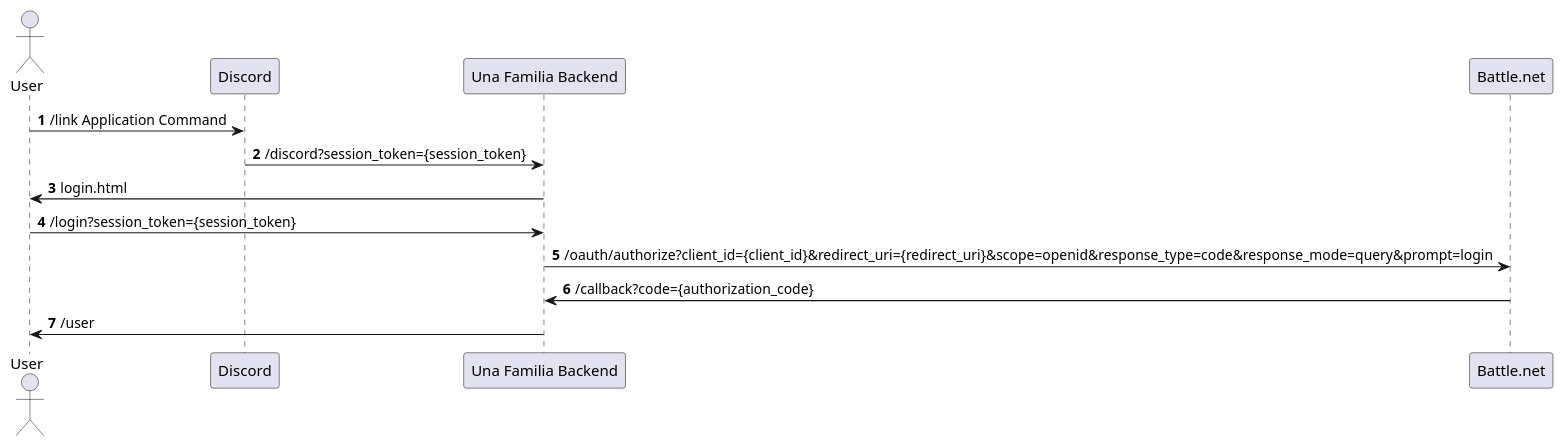
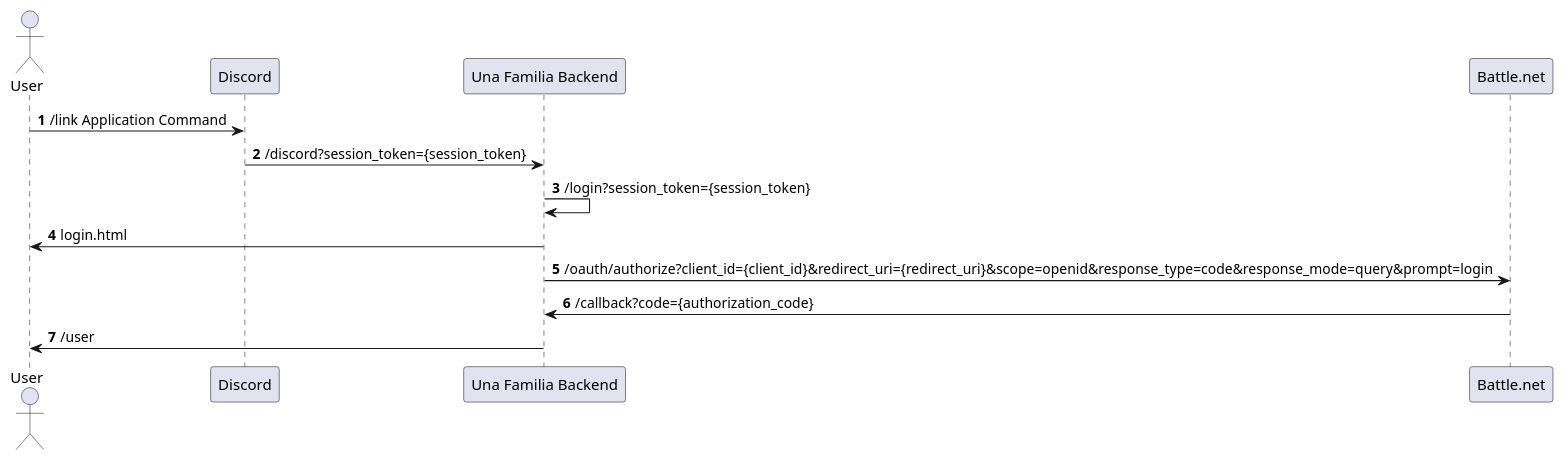
Before and after one commit to msadowskigraduate/unafamilia: the diagram in docs/login/discord-login-flow.puml, drawn with PlantUML. The commit also changed 20 other files, not shown here.

Commit message:
Fixes to login flow

```diff
--- a/docs/login/discord-login-flow.puml
+++ b/docs/login/discord-login-flow.puml
@@ -1,16 +1,16 @@
 @startuml
 'https://plantuml.com/sequence-diagram
 autonumber
 actor User as user
 participant Discord as disc
 participant "Una Familia Backend" as bot
 participant Battle.net as bnet
 
 user -> disc: /link Application Command
 disc -> bot: /discord?session_token={session_token}
+bot -> bot: /login?session_token={session_token}
 bot -> user: login.html
-user -> bot: /login?session_token={session_token}
 bot -> bnet: /oauth/authorize?client_id={client_id}&redirect_uri={redirect_uri}&scope=openid&response_type=code&response_mode=query&prompt=login
 bnet -> bot: /callback?code={authorization_code}
 bot -> user: /user
 @enduml
```
